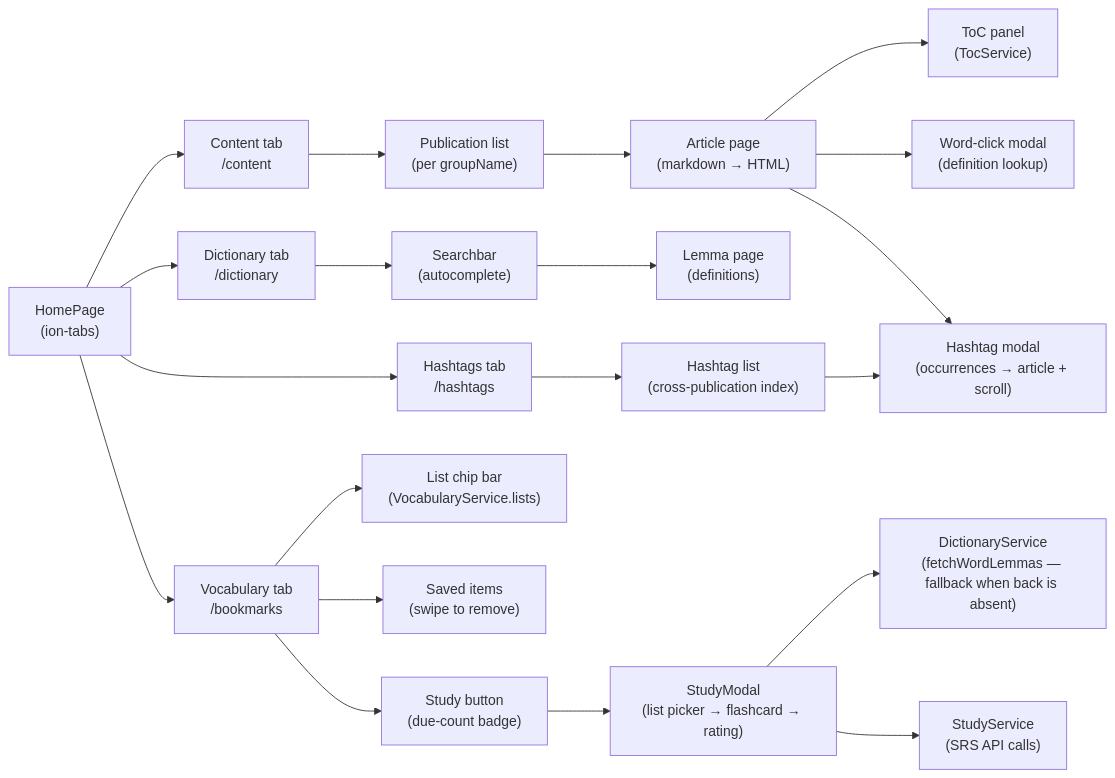
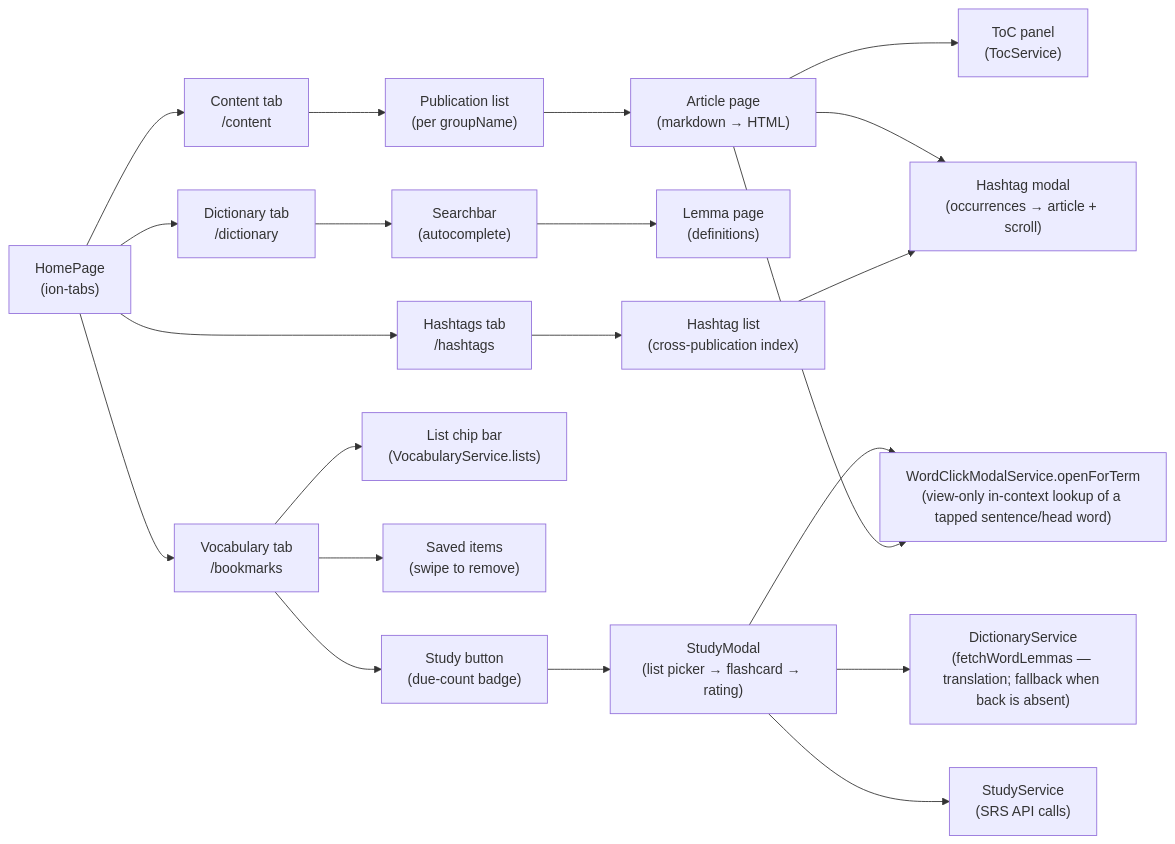
One commit to remarcmij/taalwiz-mono changed the fifth of 18 diagrams in apps/web/ARCHITECTURE.md. Above: the diagram before and after it, drawn with Mermaid. The commit also changed other lines of this file and 18 other files, not shown here.

````diff
--- a/apps/web/ARCHITECTURE.md
+++ b/apps/web/ARCHITECTURE.md
@@ -237,27 +237,28 @@
 ```mermaid
 graph LR
     HomePage["HomePage\n(ion-tabs)"]
     HomePage --> Content["Content tab\n/content"]
     HomePage --> Dictionary["Dictionary tab\n/dictionary"]
     HomePage --> Hashtags["Hashtags tab\n/hashtags"]
     HomePage --> Vocabulary["Vocabulary tab\n/bookmarks"]
 
     Content --> Publication["Publication list\n(per groupName)"]
     Publication --> Article["Article page\n(markdown → HTML)"]
     Article --> TOC["ToC panel\n(TocService)"]
     Article --> WordModal["Word-click modal\n(definition lookup)"]
 
     Dictionary --> Searchbar["Searchbar\n(autocomplete)"]
     Searchbar --> Lemma["Lemma page\n(definitions)"]
 
     Hashtags --> HashtagList["Hashtag list\n(cross-publication index)"]
     HashtagList --> HashtagModal["Hashtag modal\n(occurrences → article + scroll)"]
     Article --> HashtagModal
 
     Vocabulary --> ChipBar["List chip bar\n(VocabularyService.lists)"]
     Vocabulary --> WordList["Saved items\n(swipe to remove)"]
     Vocabulary --> StudyBtn["Study button\n(due-count badge)"]
     StudyBtn --> StudyModal["StudyModal\n(list picker → flashcard → rating)"]
-    StudyModal --> DictSvc["DictionaryService\n(fetchWordLemmas — fallback when back is absent)"]
+    StudyModal --> DictSvc["DictionaryService\n(fetchWordLemmas — translation; fallback when back is absent)"]
     StudyModal --> StudySvc["StudyService\n(SRS API calls)"]
+    StudyModal --> WordModal["WordClickModalService.openForTerm\n(view-only in-context lookup of a tapped sentence/head word)"]
 ```
````
